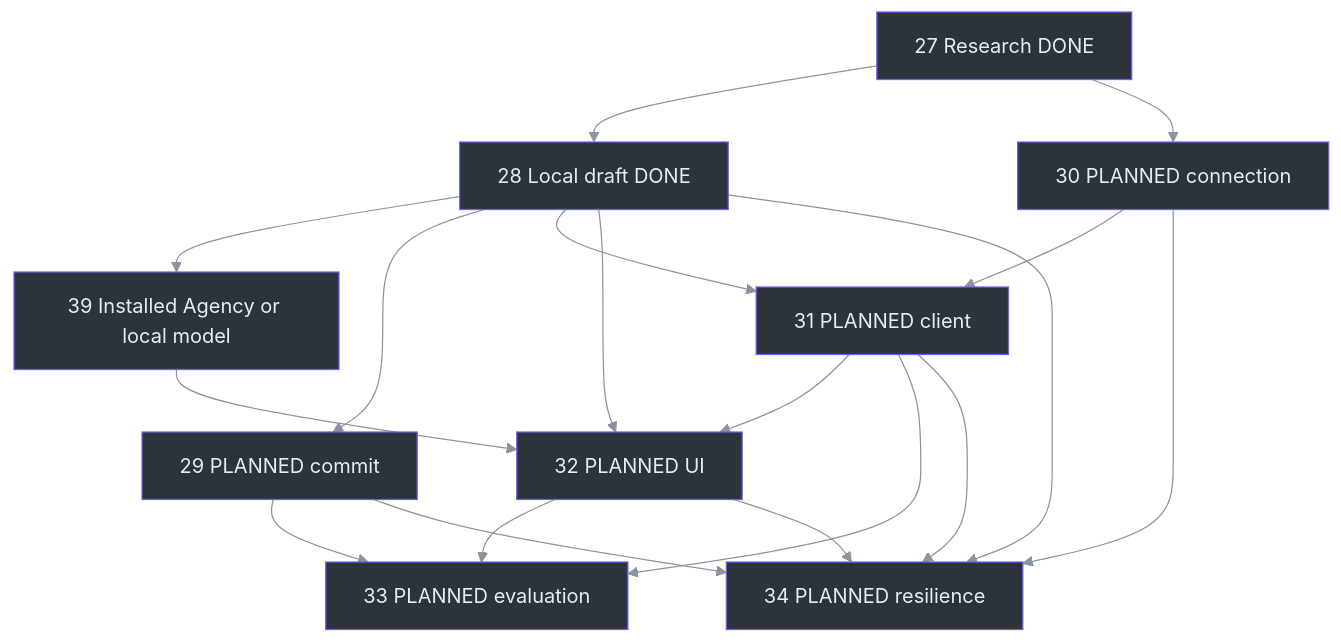
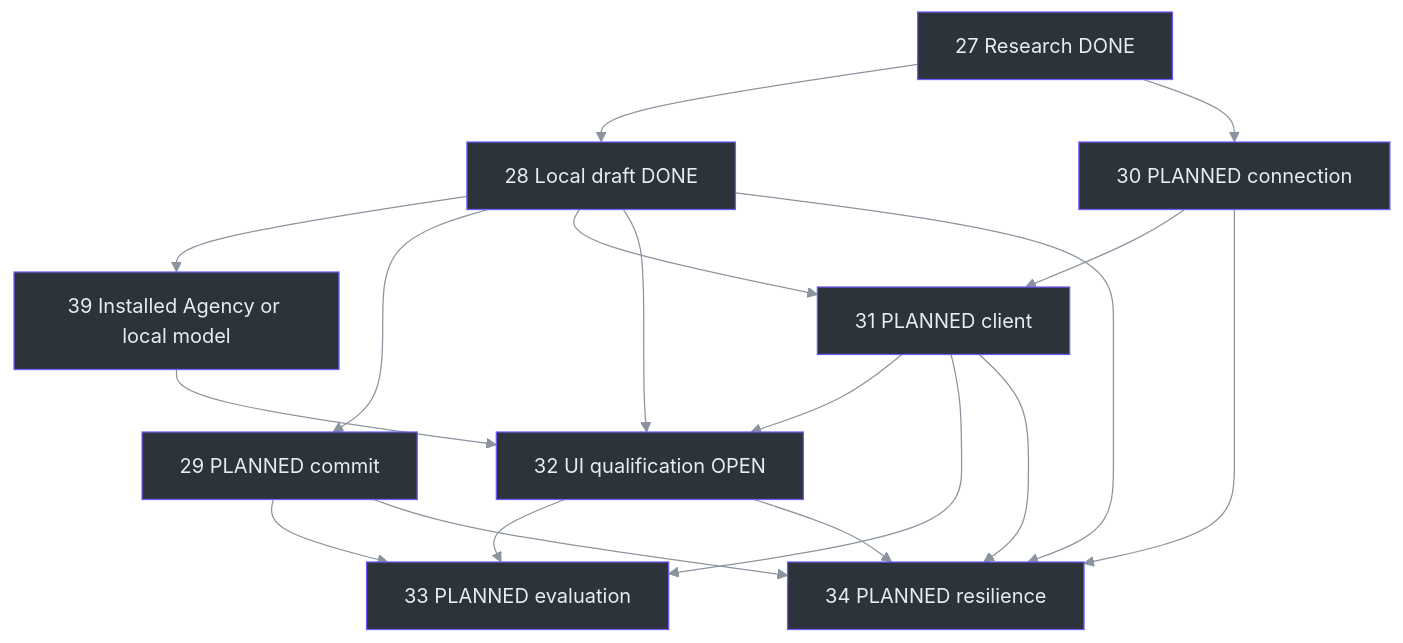
Before and after one commit to Zanark/phantom-fudge: the third of 3 diagrams in docs/handbook/21-evidence-and-roadmap.md, drawn with Mermaid. The commit also changed other lines of this file and 371 other files, not shown here.

````diff
--- a/docs/handbook/21-evidence-and-roadmap.md
+++ b/docs/handbook/21-evidence-and-roadmap.md
@@ -185,39 +215,39 @@
 ```mermaid
 ---
 config:
   theme: base
   themeVariables:
     lineColor: "#8b949e"
     textColor: "#e6edf3"
 ---
 flowchart TB
-    accTitle: PLANNED answer workstream dependencies
-    accDescr: Research and local drafts are complete, while commit, connection, streaming answers, evaluation and resilience remain planned.
+    accTitle: Implemented installed answers and remaining workstream dependencies
+    accDescr: Research, drafts and installed answers exist. Commit, direct Azure, broader evaluation, resilience and owner/recorder qualification remain separate gates.
     Research["27 Research DONE"] --> Draft["28 Local draft DONE"]
     Draft --> Installed["39 Installed Agency or local model"]
     Installed --> UI
     Research --> Auth["30 PLANNED connection"]
     Draft --> Commit["29 PLANNED commit"]
     Draft --> Client["31 PLANNED client"]
     Auth --> Client
-    Draft --> UI["32 PLANNED UI"]
+    Draft --> UI["32 UI qualification OPEN"]
     Client --> UI
     Commit --> Measure["33 PLANNED evaluation"]
     Client --> Measure
     UI --> Measure
     Draft --> Resilience["34 PLANNED resilience"]
     Commit --> Resilience
     Auth --> Resilience
     Client --> Resilience
     UI --> Resilience
     style Research fill:#2d333b,stroke:#6d5dfc,color:#e6edf3
     style Draft fill:#2d333b,stroke:#6d5dfc,color:#e6edf3
     style Installed fill:#2d333b,stroke:#6d5dfc,color:#e6edf3
     style Auth fill:#2d333b,stroke:#6d5dfc,color:#e6edf3
     style Commit fill:#2d333b,stroke:#6d5dfc,color:#e6edf3
     style Client fill:#2d333b,stroke:#6d5dfc,color:#e6edf3
     style UI fill:#2d333b,stroke:#6d5dfc,color:#e6edf3
     style Measure fill:#2d333b,stroke:#6d5dfc,color:#e6edf3
     style Resilience fill:#2d333b,stroke:#6d5dfc,color:#e6edf3
     linkStyle default stroke:#8b949e
 ```
````
